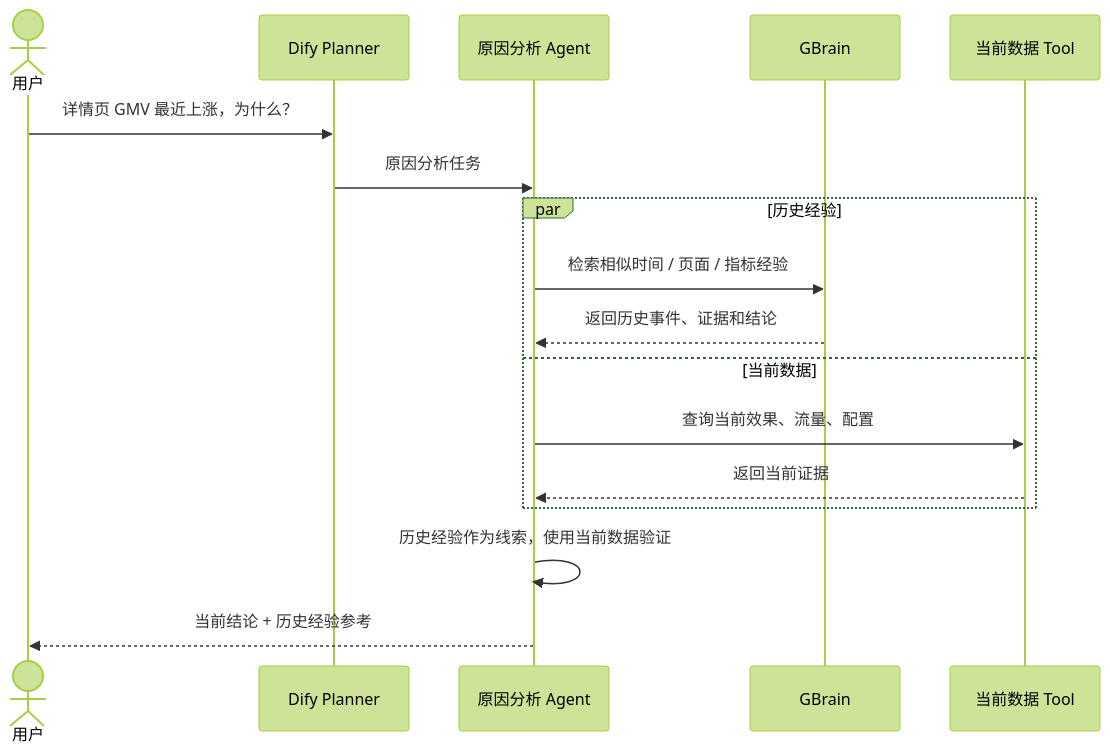
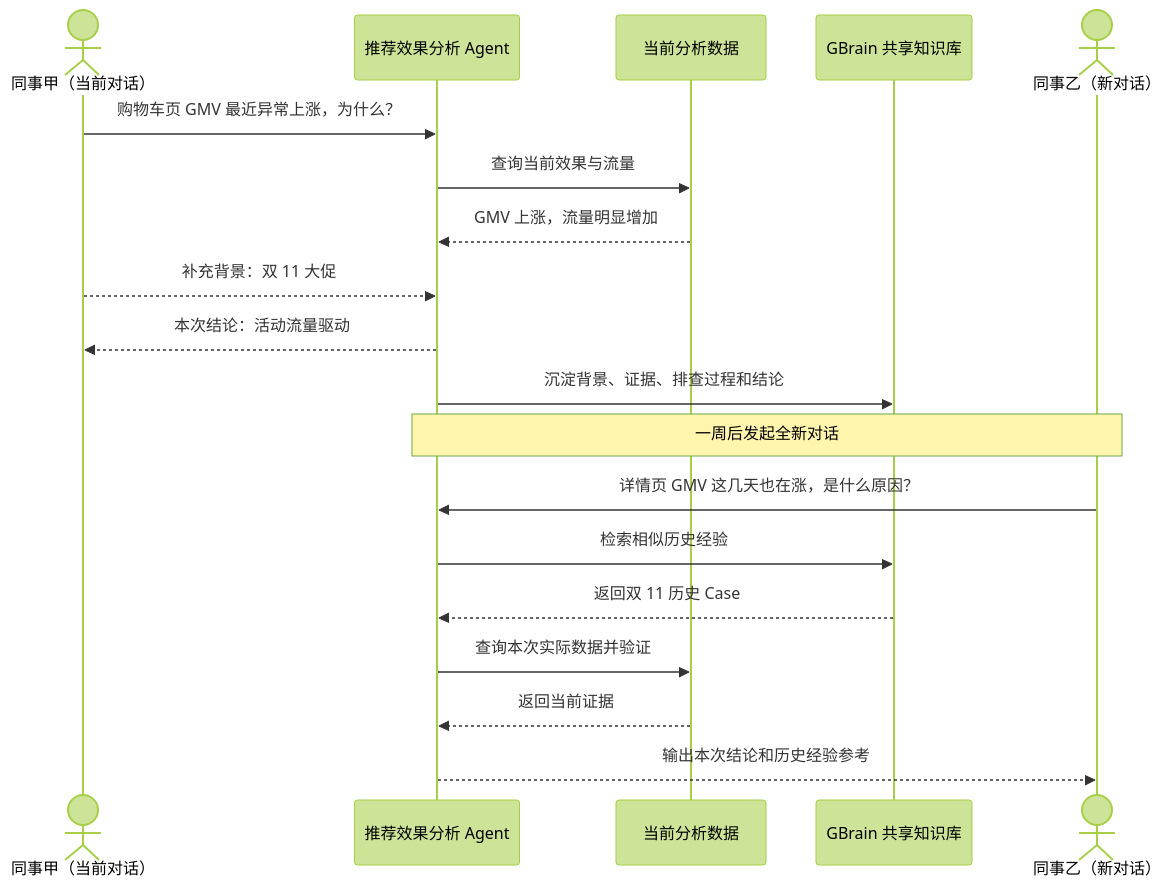
One commit to sgfd-ui/internship changed the first of 3 diagrams in weekly-report/gbrain-dify-shared-knowledge.md. Above: the diagram before and after it, drawn with Mermaid (forest theme). The commit also changed other lines of this file, not shown here.

Commit message:
rewrite GBrain Dify shared knowledge plan from research results

````diff
--- a/weekly-report/gbrain-dify-shared-knowledge.md
+++ b/weekly-report/gbrain-dify-shared-knowledge.md
@@ -259,22 +16,24 @@
 ```mermaid
 sequenceDiagram
-    actor U as 用户
-    participant P as Dify Planner
-    participant A as 原因分析 Agent
-    participant K as GBrain
-    participant T as 当前数据 Tool
+    actor A as 同事甲（当前对话）
+    participant Agent as 推荐效果分析 Agent
+    participant Data as 当前分析数据
+    participant Brain as GBrain 共享知识库
+    actor B as 同事乙（新对话）
 
-    U->>P: 详情页 GMV 最近上涨，为什么？
-    P->>A: 原因分析任务
+    A->>Agent: 购物车页 GMV 最近异常上涨，为什么？
+    Agent->>Data: 查询当前效果与流量
+    Data-->>Agent: GMV 上涨，流量明显增加
+    A-->>Agent: 补充背景：双 11 大促
+    Agent-->>A: 本次结论：活动流量驱动
+    Agent->>Brain: 沉淀背景、证据、排查过程和结论
 
-    par 历史经验
-        A->>K: 检索相似时间 / 页面 / 指标经验
-        K-->>A: 返回历史事件、证据和结论
-    and 当前数据
-        A->>T: 查询当前效果、流量、配置
-        T-->>A: 返回当前证据
-    end
+    Note over B,Agent: 一周后发起全新对话
 
-    A->>A: 历史经验作为线索，使用当前数据验证
-    A-->>U: 当前结论 + 历史经验参考
+    B->>Agent: 详情页 GMV 这几天也在涨，是什么原因？
+    Agent->>Brain: 检索相似历史经验
+    Brain-->>Agent: 返回双 11 历史 Case
+    Agent->>Data: 查询本次实际数据并验证
+    Data-->>Agent: 返回当前证据
+    Agent-->>B: 输出本次结论和历史经验参考
 ```
````
